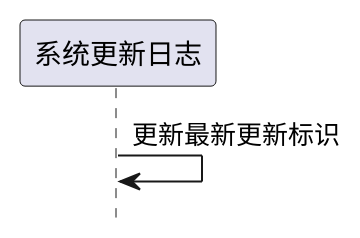
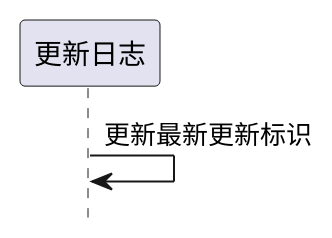
Before and after one commit to zj335841911/nt_chandao: the second of 2 diagrams in ibizpms-docs/src/main/doc/v1/module/ibiz/SysUpdateLog_old.md, drawn with PlantUML. The commit also changed other lines of this file and 32 other files, not shown here.

```diff
--- a/ibizpms-docs/src/main/doc/v1/module/ibiz/SysUpdateLog_old.md
+++ b/ibizpms-docs/src/main/doc/v1/module/ibiz/SysUpdateLog_old.md
@@ -64,5 +64,5 @@
 {% plantuml %}
 hide footbox
 
-系统更新日志 -> 系统更新日志: 更新最新更新标识
+更新日志 -> 更新日志: 更新最新更新标识
 {% endplantuml %}
```
